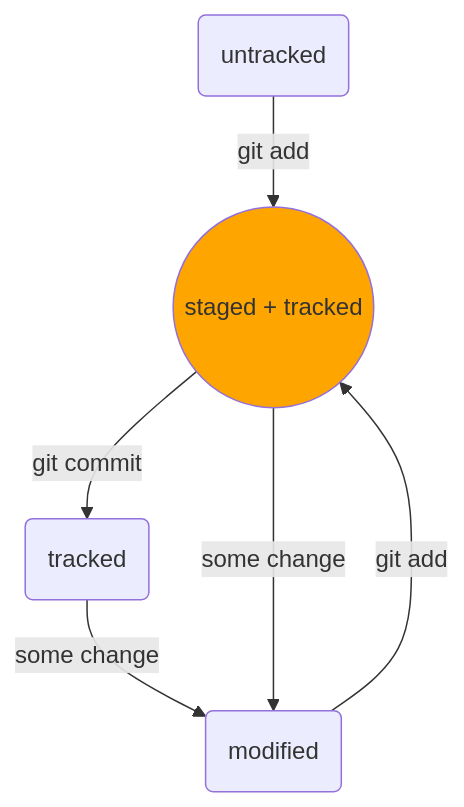
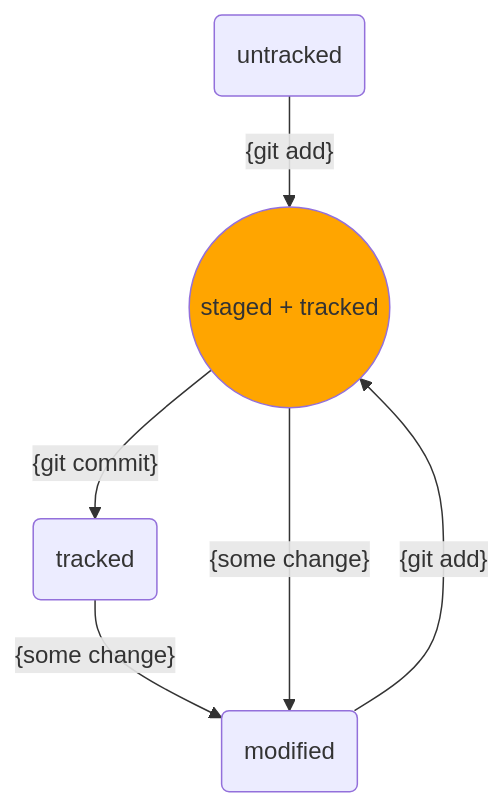
One commit to AleksandrVakarin/GitInstructionMermaid changed the diagram in README.md. Above: the diagram before and after it, drawn with Mermaid.

````diff
--- a/README.md
+++ b/README.md
@@ -93,15 +93,15 @@
 ```mermaid
 flowchart TD;
 	
 	stg((staged + tracked))
 	mdf(modified)
 	untr(untracked)
 	trcd(tracked)
 
-	untr-- git add -->stg
-	stg-- git commit -->trcd
-	trcd-- some change -->mdf
-	mdf-- git add -->stg
-	stg-- some change -->mdf
+	untr-- {git add} -->stg
+	stg-- {git commit} -->trcd
+	trcd-- {some change} -->mdf
+	mdf-- {git add} -->stg
+	stg-- {some change} -->mdf
 	style stg fill: orange
 ```
````
